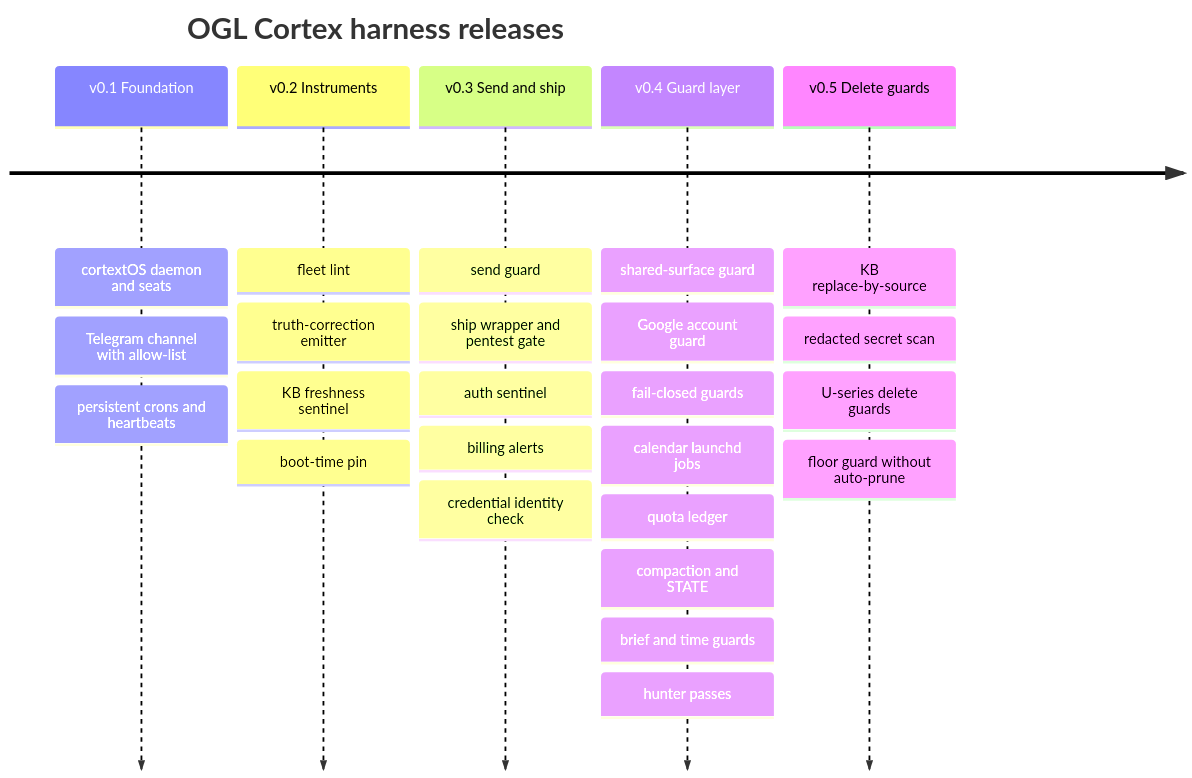
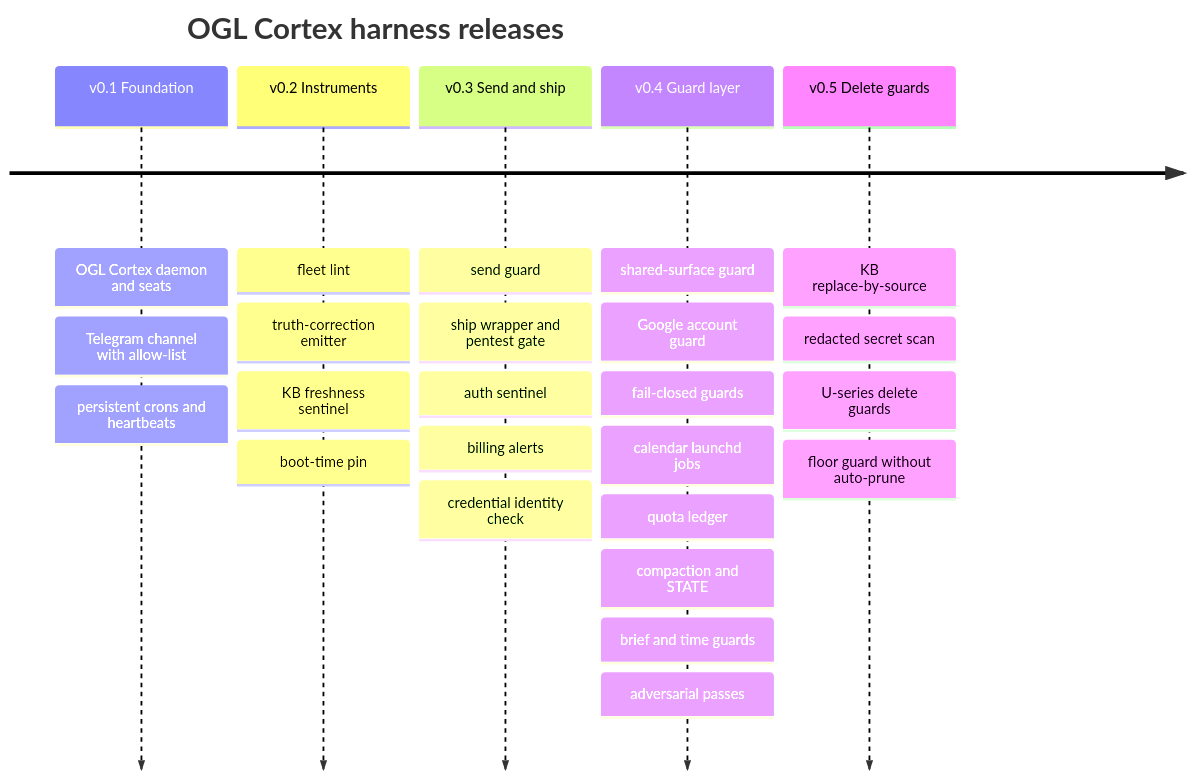
The diagram in docs/34-changelog.md (nicoreincarnate-oss/ogl-cortex), drawn with Mermaid before and after one commit. The commit also changed other lines of this file and 88 other files, not shown here.

First line of the commit message:
Rename to OGL Cortex, memory architecture doc, harness tools, path consistency

````diff
--- a/docs/34-changelog.md
+++ b/docs/34-changelog.md
@@ -11,9 +13,9 @@
 ```mermaid
 timeline
     title OGL Cortex harness releases
-    v0.1 Foundation : cortextOS daemon and seats : Telegram channel with allow-list : persistent crons and heartbeats
+    v0.1 Foundation : OGL Cortex daemon and seats : Telegram channel with allow-list : persistent crons and heartbeats
     v0.2 Instruments : fleet lint : truth-correction emitter : KB freshness sentinel : boot-time pin
     v0.3 Send and ship : send guard : ship wrapper and pentest gate : auth sentinel : billing alerts : credential identity check
-    v0.4 Guard layer : shared-surface guard : Google account guard : fail-closed guards : calendar launchd jobs : quota ledger : compaction and STATE : brief and time guards : hunter passes
+    v0.4 Guard layer : shared-surface guard : Google account guard : fail-closed guards : calendar launchd jobs : quota ledger : compaction and STATE : brief and time guards : adversarial passes
     v0.5 Delete guards : KB replace-by-source : redacted secret scan : U-series delete guards : floor guard without auto-prune
 ```
````
